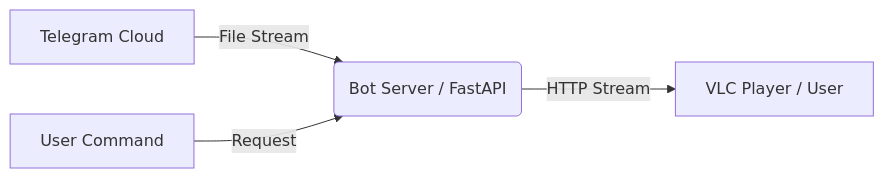
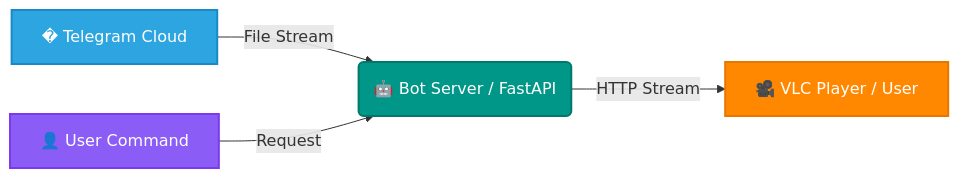
One commit to ytcreatorstudio2001/telegram-vlc-stream-bot changed the diagram in README.md. Above: the diagram before and after it, drawn with Mermaid. The commit also changed other lines of this file, not shown here.

Commit message:
docs: enhance README with new sections, diagrams, visual elements, and improved formatting.

````diff
--- a/README.md
+++ b/README.md
@@ -97,6 +67,10 @@
 ```mermaid
 graph LR
-    A[Telegram Cloud] -->|File Stream| B(Bot Server / FastAPI)
-    B -->|HTTP Stream| C[VLC Player / User]
-    D[User Command] -->|Request| B
+    A[� Telegram Cloud] -->|File Stream| B(🤖 Bot Server / FastAPI)
+    B -->|HTTP Stream| C[🎥 VLC Player / User]
+    D[👤 User Command] -->|Request| B
+    style A fill:#2CA5E0,stroke:#1a8ac7,stroke-width:2px,color:#fff
+    style B fill:#009688,stroke:#00796b,stroke-width:2px,color:#fff
+    style C fill:#FF8800,stroke:#e67700,stroke-width:2px,color:#fff
+    style D fill:#8B5CF6,stroke:#7c3aed,stroke-width:2px,color:#fff
 ```
````
